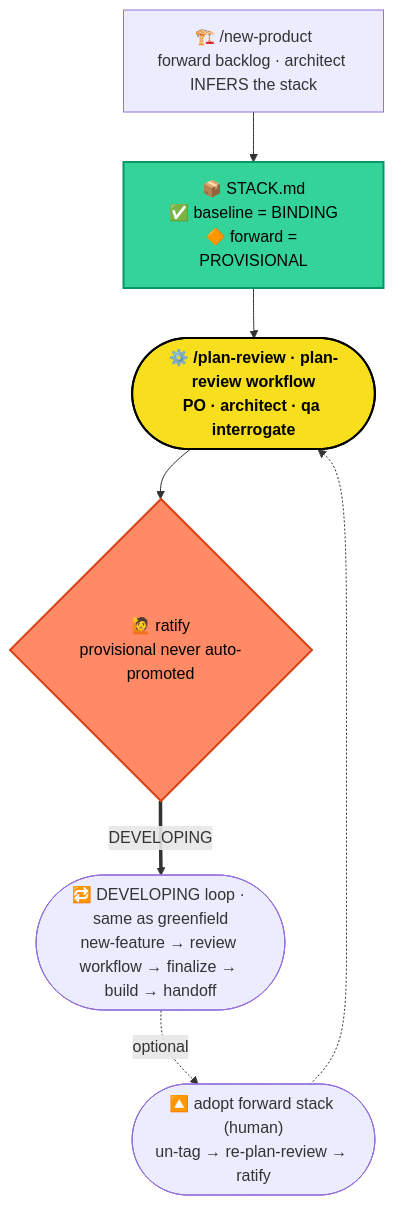
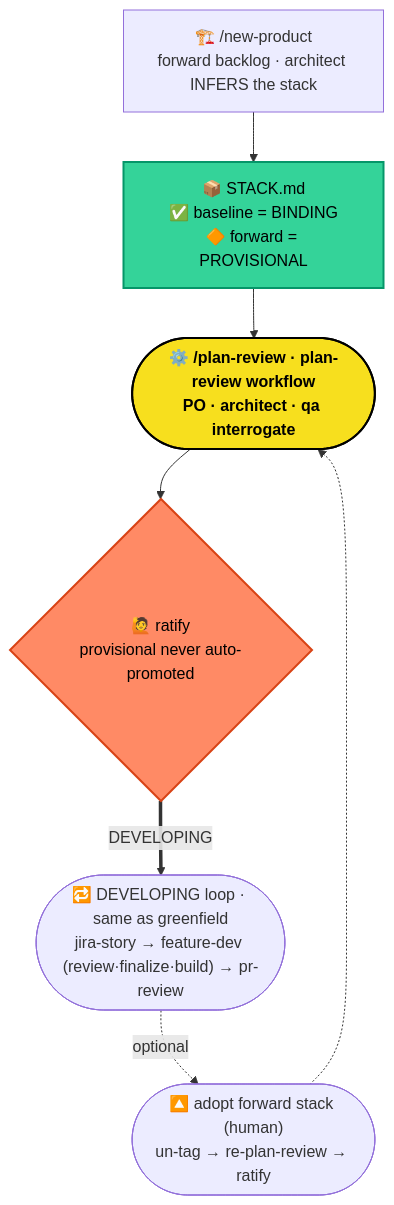
The fifth of 7 diagrams in README.md (rocar/sdd-fleet), drawn with Mermaid before and after one commit. The commit also changed other lines of this file and 2 other files, not shown here.

````diff
--- a/README.md
+++ b/README.md
@@ -115,20 +187,20 @@
 ```mermaid
 flowchart TD
     NP["🏗️ /new-product<br/>forward backlog · architect INFERS the stack"]
     STK["📦 STACK.md<br/>✅ baseline = BINDING<br/>🔶 forward = PROVISIONAL"]
     PR(["⚙️ /plan-review · plan-review workflow<br/>PO · architect · qa interrogate"])
     PF{"🙋 ratify<br/>provisional never auto-promoted"}
-    LOOP(["🔁 DEVELOPING loop · same as greenfield<br/>new-feature → review workflow → finalize → build → handoff"])
+    LOOP(["🔁 DEVELOPING loop · same as greenfield<br/>jira-story → feature-dev (review·finalize·build) → pr-review"])
     PROMOTE(["🔼 adopt forward stack (human)<br/>un-tag → re-plan-review → ratify"])
 
     NP --> STK --> PR --> PF
     PF ==>|DEVELOPING| LOOP
     LOOP -.->|optional| PROMOTE -.-> PR
 
     classDef js fill:#f7df1e,color:#000,stroke:#000,stroke-width:2px,font-weight:bold;
     classDef gate fill:#ff8a65,color:#000,stroke:#d84315,stroke-width:2px;
     classDef bind fill:#34d399,color:#000,stroke:#059669,stroke-width:2px;
     class PR js;
     class PF gate;
     class STK bind;
 ```
````
